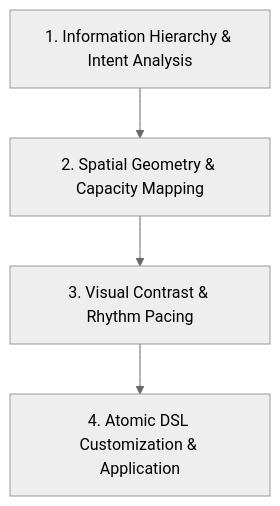
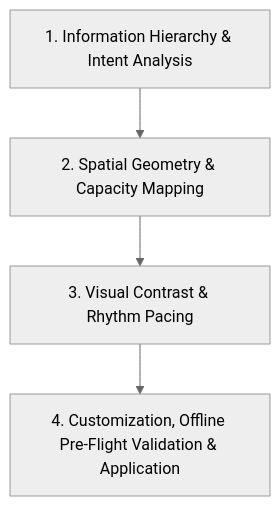
The diagram in workflows/template_selection/template_selection_workflow.md (qhuydtvt/aha-skills), drawn with Mermaid (neutral theme) before and after one commit. The commit also changed other lines of this file and 8 other files, not shown here.

Commit message:
feat: add offline ADSL pre-flight linting and update template selection workflow

````diff
--- a/workflows/template_selection/template_selection_workflow.md
+++ b/workflows/template_selection/template_selection_workflow.md
@@ -10,6 +10,6 @@
 ```mermaid
 flowchart TD
     A["1. Information Hierarchy & Intent Analysis"] --> B["2. Spatial Geometry & Capacity Mapping"]
     B --> C["3. Visual Contrast & Rhythm Pacing"]
-    C --> D["4. Atomic DSL Customization & Application"]
+    C --> D["4. Customization, Offline Pre-Flight Validation & Application"]
 ```
````
